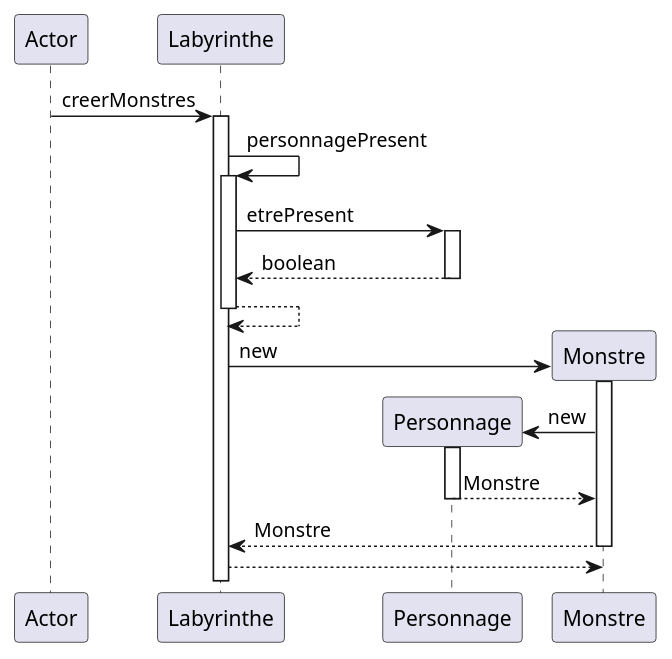
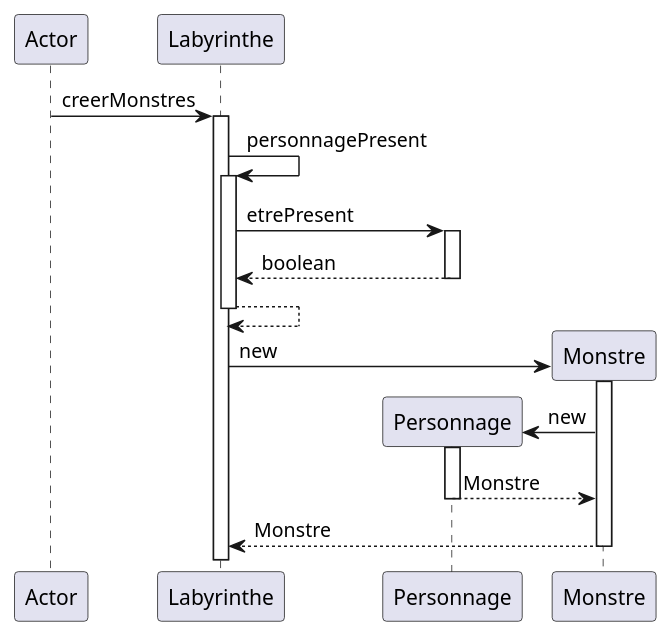
One commit to LukaSalvo/SAE2024 changed the diagram in zeldiablo/documents/version_3/diagseq_creerMonstres.puml. Above: the diagram before and after it, drawn with PlantUML.

Commit message:
Modification de diag de seq

```diff
--- a/zeldiablo/documents/version_3/diagseq_creerMonstres.puml
+++ b/zeldiablo/documents/version_3/diagseq_creerMonstres.puml
@@ -1,25 +1,25 @@
 @startuml
 participant Actor
 Actor -> Labyrinthe : creerMonstres
 activate Labyrinthe
 Labyrinthe -> Labyrinthe : personnagePresent
 activate Labyrinthe
 Labyrinthe -> Personnage : etrePresent
 activate Personnage
 Personnage --> Labyrinthe:boolean
 deactivate Personnage
 deactivate Personnage
 Labyrinthe --> Labyrinthe
 deactivate Labyrinthe
 create Monstre
 Labyrinthe -> Monstre : new
 activate Monstre
 create Personnage
 Monstre -> Personnage : new
 activate Personnage
 Personnage --> Monstre: Monstre
 deactivate Personnage
 Monstre --> Labyrinthe:Monstre
 deactivate Monstre
-return
+
 @enduml
```
